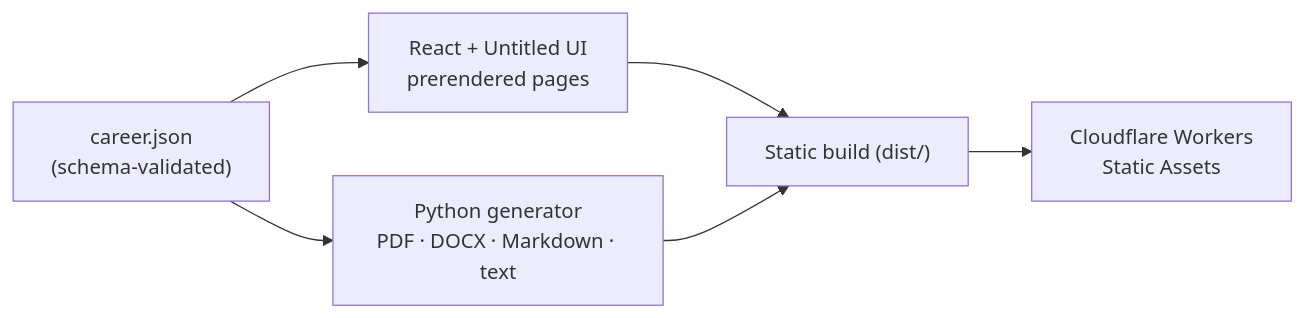
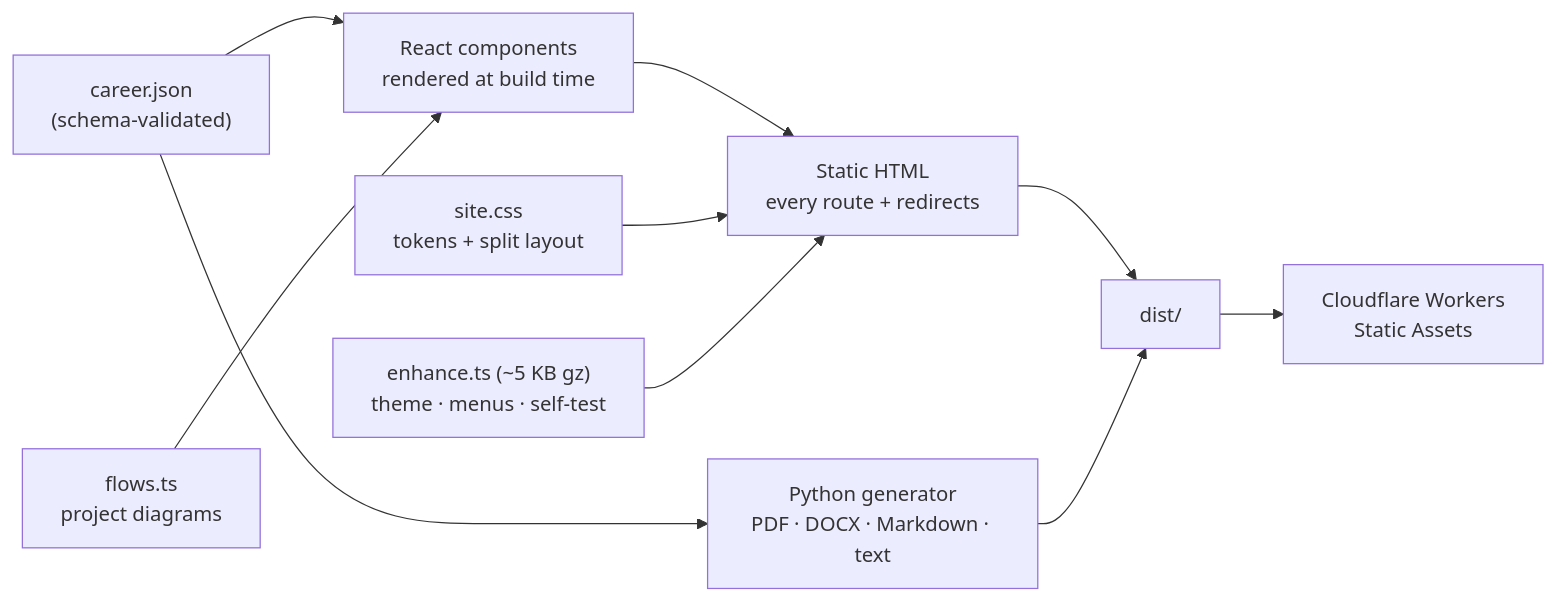
The first of 2 diagrams in README.md (mohamedmoheyeldin/portfolio), drawn with Mermaid before and after one commit. The commit also changed other lines of this file and 61 other files, not shown here.

````diff
--- a/README.md
+++ b/README.md
@@ -32,8 +21,12 @@
 ```mermaid
 flowchart LR
-  Career["career.json<br/>(schema-validated)"] --> Site["React + Untitled UI<br/>prerendered pages"]
+  Career["career.json<br/>(schema-validated)"] --> Render["React components<br/>rendered at build time"]
+  Flows["flows.ts<br/>project diagrams"] --> Render
+  Render --> HTML["Static HTML<br/>every route + redirects"]
+  CSS["site.css<br/>tokens + split layout"] --> HTML
+  Enhance["enhance.ts (~5 KB gz)<br/>theme · menus · self-test"] --> HTML
   Career --> Resumes["Python generator<br/>PDF · DOCX · Markdown · text"]
-  Site --> Dist["Static build (dist/)"]
+  HTML --> Dist["dist/"]
   Resumes --> Dist
   Dist --> CF["Cloudflare Workers<br/>Static Assets"]
 ```
````
